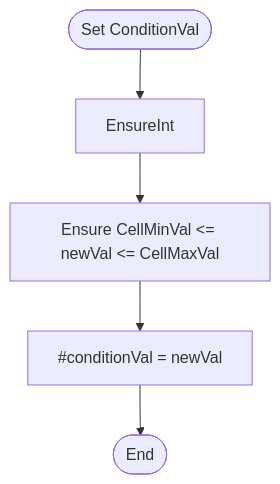
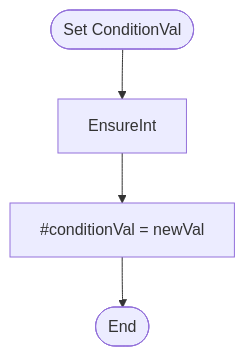
Before and after one commit to BCS21090011/BrainFucker: diagram 13 of 44 in Classes_Info/BrainfuckExecuter.md, drawn with Mermaid. The commit also changed other lines of this file and 1 other file, not shown here.

Commit message:
Gave up on ConditionVal, let the user do the checking.

````diff
--- a/Classes_Info/BrainfuckExecuter.md
+++ b/Classes_Info/BrainfuckExecuter.md
@@ -610,19 +612,16 @@
     ```mermaid
     flowchart TD
 
     Start([Set ConditionVal])
     EnsureInt
-    EnsureInRange[Ensure CellMinVal <= newVal <= CellMaxVal]
     SetConditionVal[#conditionVal = newVal]
     End([End])
 
     Start
     -->
     EnsureInt
     -->
-    EnsureInRange
-    -->
     SetConditionVal
     -->
     End
     ```
````
